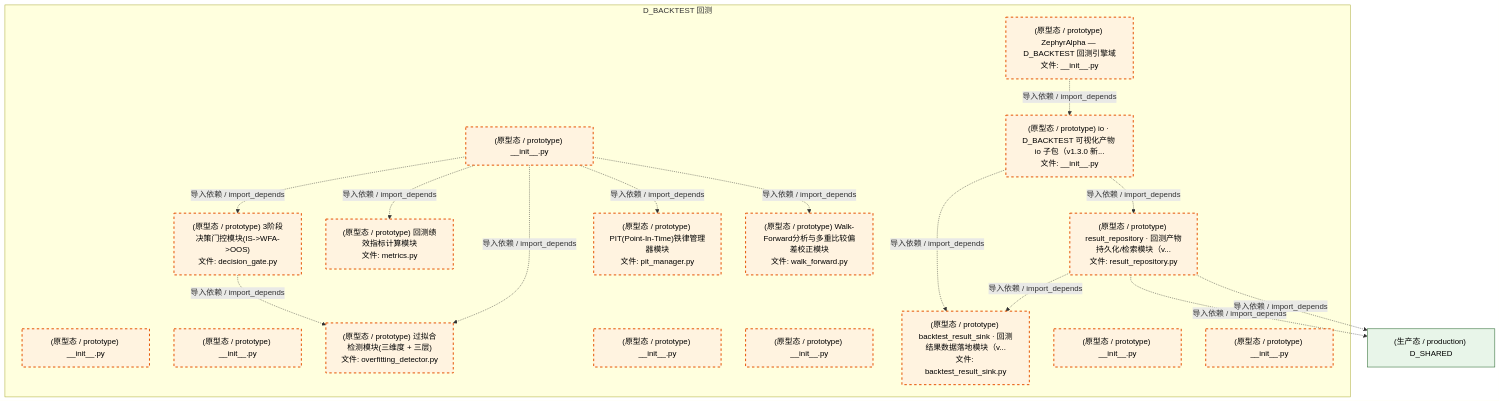
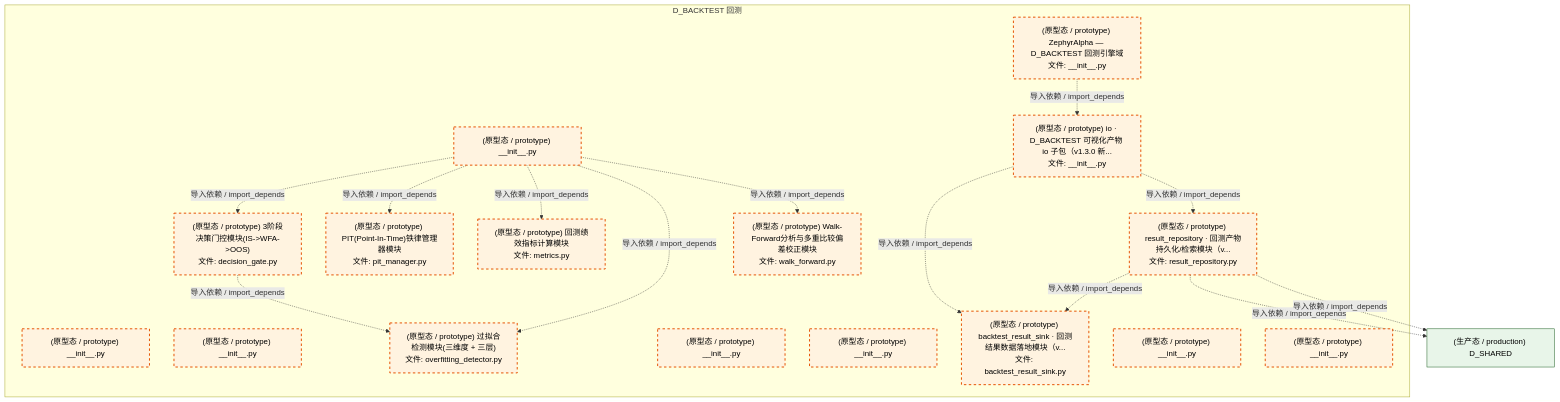
Before and after one commit to xuanFelixVan/ZephyrAlpha: the fifth of 6 diagrams in docs/02_enterprise_architecture/02_domain_architecture_docs/30_d_backtest.md, drawn with Mermaid. The commit also changed other lines of this file and 125 other files, not shown here.

````diff
--- a/docs/02_enterprise_architecture/02_domain_architecture_docs/30_d_backtest.md
+++ b/docs/02_enterprise_architecture/02_domain_architecture_docs/30_d_backtest.md
@@ -346,40 +346,40 @@
 ```mermaid
 graph TD
     subgraph D_BACKTEST["D_BACKTEST 回测"]
         src_zephyr_backtest_init_py["(原型态 / prototype) ZephyrAlpha — D_BACKTEST 回测引擎域<br/>文件: __init__.py"]
         src_zephyr_backtest_extensions_init_py["(原型态 / prototype) __init__.py"]
         src_zephyr_backtest_api_init_py["(原型态 / prototype) __init__.py"]
         src_zephyr_backtest_core_init_py["(原型态 / prototype) __init__.py"]
         src_zephyr_backtest_core_decision_gate_py["(原型态 / prototype) 3阶段决策门控模块(IS->WFA->OOS)<br/>文件: decision_gate.py"]
         src_zephyr_backtest_core_metrics_py["(原型态 / prototype) 回测绩效指标计算模块<br/>文件: metrics.py"]
         src_zephyr_backtest_core_overfitting_detector_py["(原型态 / prototype) 过拟合检测模块(三维度 + 三层)<br/>文件: overfitting_detector.py"]
         src_zephyr_backtest_core_pit_manager_py["(原型态 / prototype) PIT(Point-In-Time)铁律管理器模块<br/>文件: pit_manager.py"]
         src_zephyr_backtest_core_walk_forward_py["(原型态 / prototype) Walk-Forward分析与多重比较偏差校正模块<br/>文件: walk_forward.py"]
         src_zephyr_backtest_implementations_init_py["(原型态 / prototype) __init__.py"]
         src_zephyr_backtest_infrastructure_init_py["(原型态 / prototype) __init__.py"]
         src_zephyr_backtest_io_init_py["(原型态 / prototype) io · D_BACKTEST 可视化产物 io 子包（v1.3.0 新...<br/>文件: __init__.py"]
         src_zephyr_backtest_io_backtest_result_sink_py["(原型态 / prototype) backtest_result_sink · 回测结果数据落地模块（v...<br/>文件: backtest_result_sink.py"]
         src_zephyr_backtest_io_result_repository_py["(原型态 / prototype) result_repository · 回测产物持久化/检索模块（v...<br/>文件: result_repository.py"]
         src_zephyr_backtest_models_init_py["(原型态 / prototype) __init__.py"]
         src_zephyr_backtest_services_init_py["(原型态 / prototype) __init__.py"]
     end
+    src_zephyr_backtest_init_py -.->|导入依赖 / import_depends| src_zephyr_backtest_io_init_py
     src_zephyr_backtest_core_decision_gate_py -.->|导入依赖 / import_depends| src_zephyr_backtest_core_overfitting_detector_py
-    src_zephyr_backtest_init_py -.->|导入依赖 / import_depends| src_zephyr_backtest_io_init_py
     src_zephyr_backtest_core_init_py -.->|导入依赖 / import_depends| src_zephyr_backtest_core_decision_gate_py
+    src_zephyr_backtest_core_init_py -.->|导入依赖 / import_depends| src_zephyr_backtest_core_pit_manager_py
     src_zephyr_backtest_core_init_py -.->|导入依赖 / import_depends| src_zephyr_backtest_core_metrics_py
     src_zephyr_backtest_core_init_py -.->|导入依赖 / import_depends| src_zephyr_backtest_core_overfitting_detector_py
-    src_zephyr_backtest_core_init_py -.->|导入依赖 / import_depends| src_zephyr_backtest_core_pit_manager_py
     src_zephyr_backtest_core_init_py -.->|导入依赖 / import_depends| src_zephyr_backtest_core_walk_forward_py
     src_zephyr_backtest_io_result_repository_py -.->|导入依赖 / import_depends| src_zephyr_backtest_io_backtest_result_sink_py
     src_zephyr_backtest_io_init_py -.->|导入依赖 / import_depends| src_zephyr_backtest_io_backtest_result_sink_py
     src_zephyr_backtest_io_init_py -.->|导入依赖 / import_depends| src_zephyr_backtest_io_result_repository_py
     D_SHARED["(生产态 / production) D_SHARED"]
     src_zephyr_backtest_io_result_repository_py -.->|导入依赖 / import_depends| D_SHARED
     src_zephyr_backtest_io_result_repository_py -.->|导入依赖 / import_depends| D_SHARED
     classDef production fill:#e1f5fe,stroke:#01579b,stroke-width:2px,color:#000
     classDef design fill:#fff3e0,stroke:#e65100,stroke-width:2px,color:#000,stroke-dasharray: 5 5
     classDef external_prod fill:#e8f5e9,stroke:#1b5e20,stroke-width:1px,color:#000
     classDef external_design fill:#fce4ec,stroke:#880e4f,stroke-width:1px,color:#000,stroke-dasharray: 5 5
     class src_zephyr_backtest_init_py,src_zephyr_backtest_extensions_init_py,src_zephyr_backtest_api_init_py,src_zephyr_backtest_core_init_py,src_zephyr_backtest_core_decision_gate_py,src_zephyr_backtest_core_metrics_py,src_zephyr_backtest_core_overfitting_detector_py,src_zephyr_backtest_core_pit_manager_py,src_zephyr_backtest_core_walk_forward_py,src_zephyr_backtest_implementations_init_py,src_zephyr_backtest_infrastructure_init_py,src_zephyr_backtest_io_init_py,src_zephyr_backtest_io_backtest_result_sink_py,src_zephyr_backtest_io_result_repository_py,src_zephyr_backtest_models_init_py,src_zephyr_backtest_services_init_py design
     class D_SHARED external_prod
 ```
````
